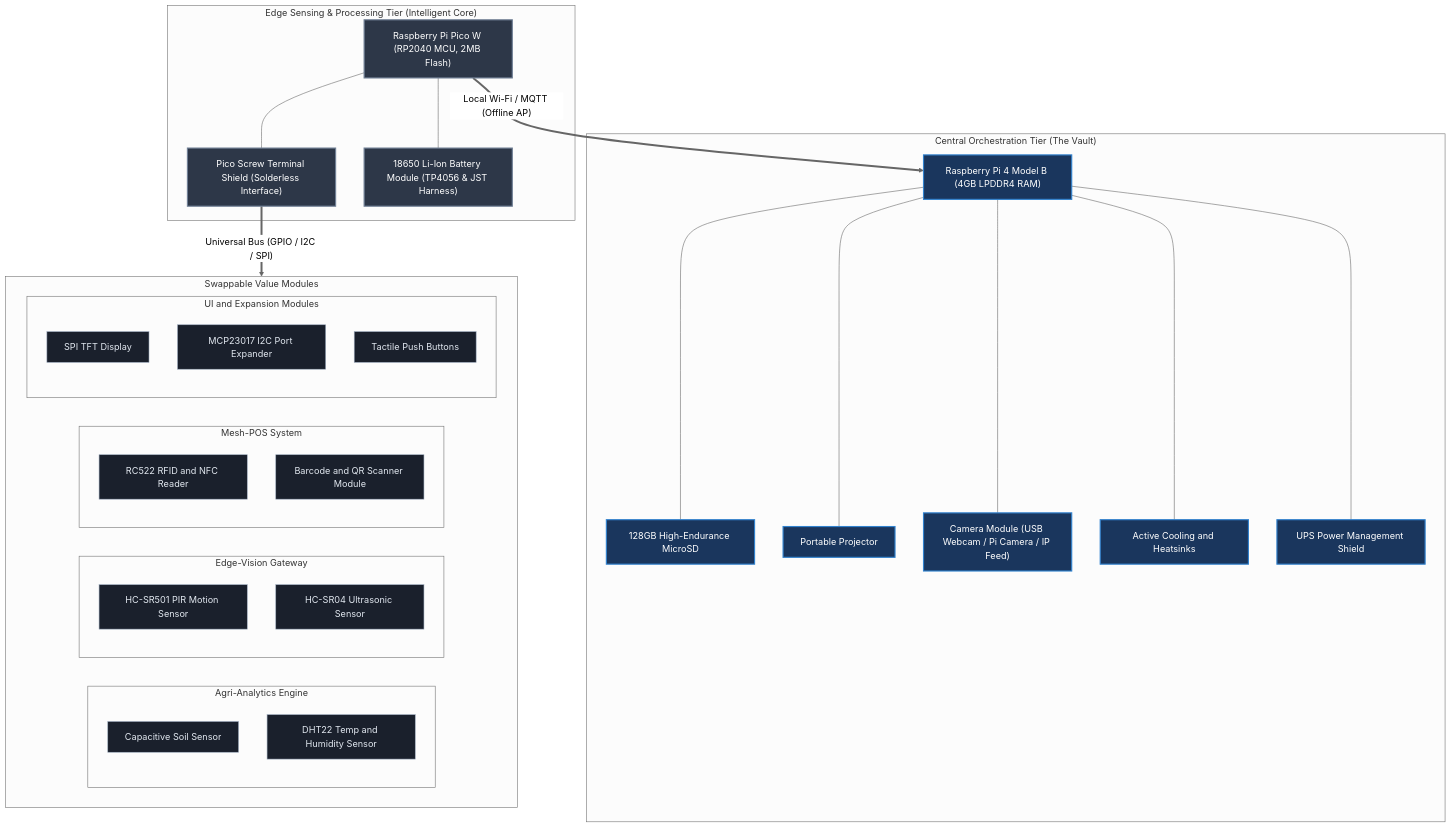
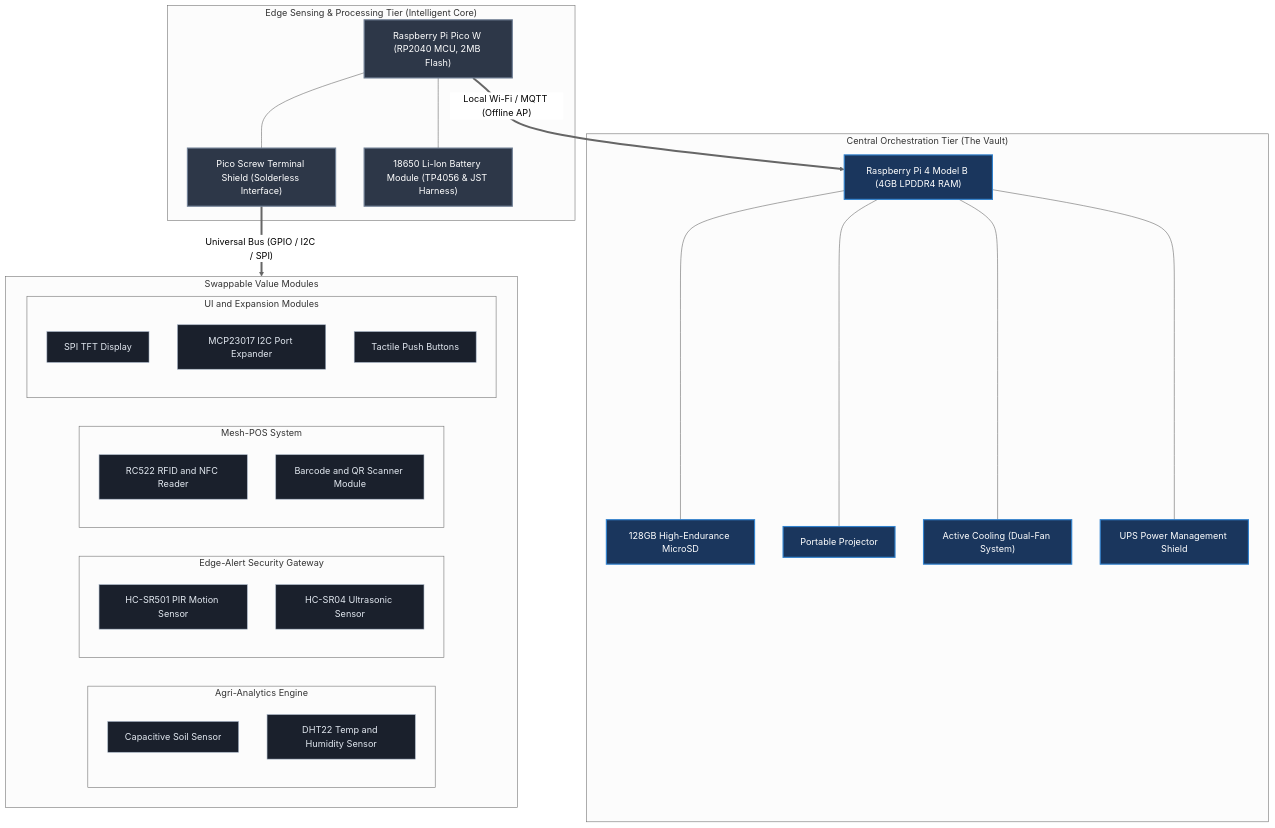
One commit to pmd742omni/2026-02-15-Sun-2055-Modular-Adaptive-Data-Node--MAD---Node--for-Dynamic-Value-Systems changed the diagram in 2026-03-30 Mon 0833 Chapters/2026-05-13 Wed 1220 Version 2026-05-13 Wed 1246/2026-05-27 0832 3.3 System Requirements.md. Above: the diagram before and after it, drawn with Mermaid (neutral theme). The commit also changed other lines of this file and 7 other files, not shown here.

Commit message:
2026-05-29 Fri 1315  Checkpoint Eight - Security Gateway Cost-Reduction & Alert Logic

````diff
--- a/2026-03-30 Mon 0833 Chapters/2026-05-13 Wed 1220 Version 2026-05-13 Wed 1246/2026-05-27 0832 3.3 System Requirements.md
+++ b/2026-03-30 Mon 0833 Chapters/2026-05-13 Wed 1220 Version 2026-05-13 Wed 1246/2026-05-27 0832 3.3 System Requirements.md
@@ -11,61 +11,59 @@
 ```mermaid
 graph TD
     %% Styling Classes
     classDef vaultStyle fill:#1a365d,stroke:#3182ce,stroke-width:2px,color:#fff;
     classDef edgeStyle fill:#2d3748,stroke:#718096,stroke-width:2px,color:#fff;
     classDef moduleStyle fill:#2c5282,stroke:#4299e1,stroke-width:2px,color:#fff;
     classDef subModuleStyle fill:#1a202c,stroke:#a0aec0,stroke-width:1px,color:#e2e8f0;
 
     subgraph VaultTier ["Central Orchestration Tier (The Vault)"]
         Vault["Raspberry Pi 4 Model B (4GB LPDDR4 RAM)"]:::vaultStyle
         SD["128GB High-Endurance MicroSD"]:::vaultStyle
         Proj["Portable Projector"]:::vaultStyle
-        Cam["Camera Module (USB Webcam / Pi Camera / IP Feed)"]:::vaultStyle
-        Cooling["Active Cooling and Heatsinks"]:::vaultStyle
+        Cooling["Active Cooling (Dual-Fan System)"]:::vaultStyle
         VaultUPS["UPS Power Management Shield"]:::vaultStyle
         
         Vault --- SD
         Vault --- Proj
-        Vault --- Cam
         Vault --- Cooling
         Vault --- VaultUPS
     end
 
     subgraph EdgeTier ["Edge Sensing & Processing Tier (Intelligent Core)"]
         PicoW["Raspberry Pi Pico W (RP2040 MCU, 2MB Flash)"]:::edgeStyle
         Shield["Pico Screw Terminal Shield (Solderless Interface)"]:::edgeStyle
         PicoUPS["18650 Li-Ion Battery Module (TP4056 & JST Harness)"]:::edgeStyle
         
         PicoW --- Shield
         PicoW --- PicoUPS
     end
 
     %% Communication link
     PicoW == "Local Wi-Fi / MQTT (Offline AP)" ==> Vault
 
     subgraph Modules ["Swappable Value Modules"]
         subgraph AgriModule ["Agri-Analytics Engine"]
             Agri1["Capacitive Soil Sensor"]:::subModuleStyle
             Agri2["DHT22 Temp and Humidity Sensor"]:::subModuleStyle
         end
 
-        subgraph SecurityModule ["Edge-Vision Gateway"]
+        subgraph SecurityModule ["Edge-Alert Security Gateway"]
             Sec1["HC-SR501 PIR Motion Sensor"]:::subModuleStyle
             Sec2["HC-SR04 Ultrasonic Sensor"]:::subModuleStyle
         end
 
         subgraph POSModule ["Mesh-POS System"]
             POS1["RC522 RFID and NFC Reader"]:::subModuleStyle
             POS2["Barcode and QR Scanner Module"]:::subModuleStyle
         end
 
         subgraph UIModule ["UI and Expansion Modules"]
             UI1["SPI TFT Display"]:::subModuleStyle
             UI2["MCP23017 I2C Port Expander"]:::subModuleStyle
             UI3["Tactile Push Buttons"]:::subModuleStyle
         end
     end
 
     %% Wiring links
     Shield ==>|"Universal Bus (GPIO / I2C / SPI)"| Modules
 ```
````
